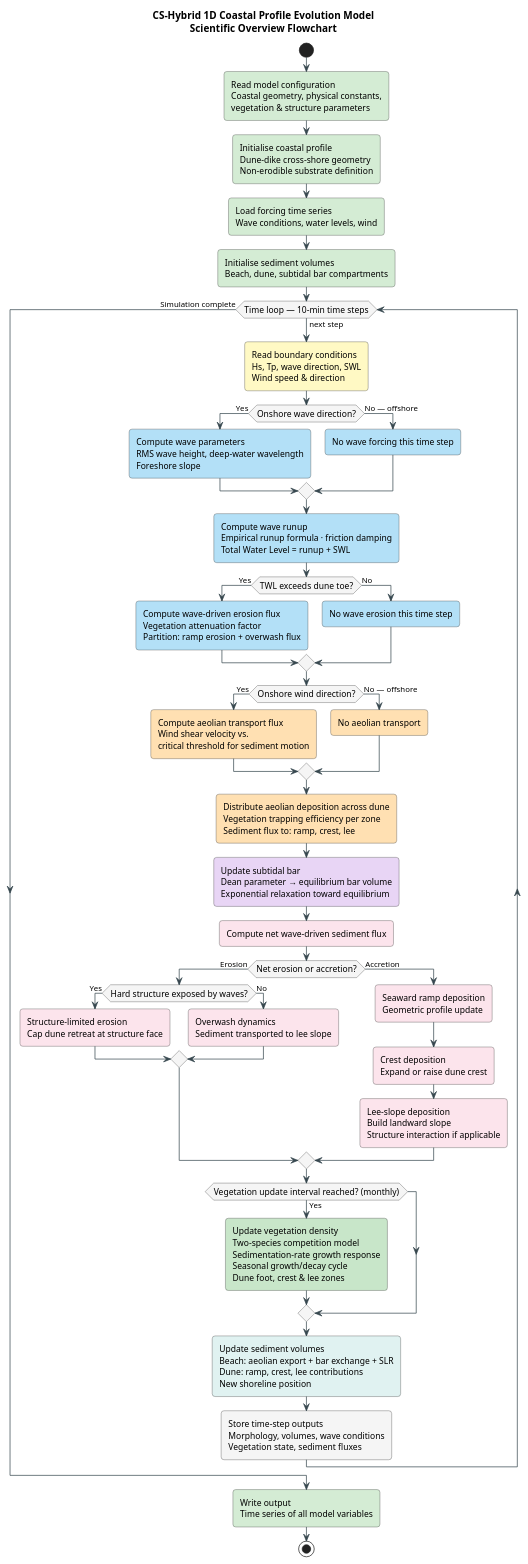
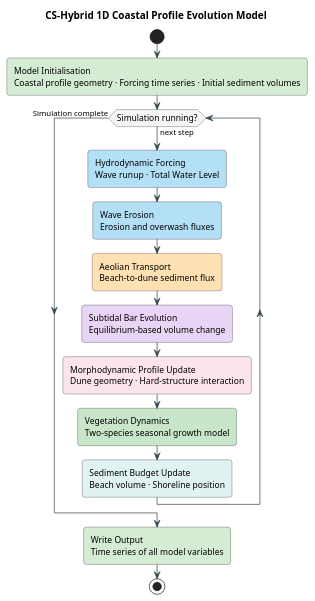
One commit to GaliforniSilva/csmodel-hybrid changed the second of 2 diagrams in FLOWCHART.md. Above: the diagram before and after it, drawn with PlantUML. The commit also changed other lines of this file, not shown here.

Commit message:
Simplify FLOWCHART.md to high-level paper-ready blocks only

```diff
--- a/FLOWCHART.md
+++ b/FLOWCHART.md
@@ -116,85 +60,34 @@
   BorderColor     #424242
   FontSize        12
 }
-skinparam decision {
-  BackgroundColor #FFF9C4
-  BorderColor     #F9A825
-}
 skinparam ArrowColor #37474F
 skinparam roundCorner 8
 
-title CS-Hybrid 1D Coastal Profile Evolution Model\nScientific Overview Flowchart
+title CS-Hybrid 1D Coastal Profile Evolution Model
 
 start
 
-' ── INITIALISATION ──────────────────────────────────────────────────────────
-#d4ecd4:Read model configuration\nCoastal geometry, physical constants,\nvegetation & structure parameters;
-#d4ecd4:Initialise coastal profile\nDune–dike cross-shore geometry\nNon-erodible substrate definition;
-#d4ecd4:Load forcing time series\nWave conditions, water levels, wind;
-#d4ecd4:Initialise sediment volumes\nBeach, dune, subtidal bar compartments;
+#d4ecd4:Model Initialisation\nCoastal profile geometry · Forcing time series · Initial sediment volumes;
 
-' ── MAIN TIME LOOP ──────────────────────────────────────────────────────────
-while (Time loop — 10-min time steps) is (next step)
+while (Simulation running?) is (next step)
 
-  #fff9c4:Read boundary conditions\nHs, Tp, wave direction, SWL\nWind speed & direction;
+  #b3e0f7:Hydrodynamic Forcing\nWave runup · Total Water Level;
 
-  ' -- HYDRODYNAMICS ----------------------------------------------------------
-  if (Onshore wave direction?) then (Yes)
-    #b3e0f7:Compute wave parameters\nRMS wave height, deep-water wavelength\nForeshore slope;
-  else (No — offshore)
-    #b3e0f7:No wave forcing this time step;
-  endif
+  #b3e0f7:Wave Erosion\nErosion and overwash fluxes;
 
-  #b3e0f7:Compute wave runup\nEmpirical runup formula · friction damping\nTotal Water Level = runup + SWL;
+  #ffe0b2:Aeolian Transport\nBeach-to-dune sediment flux;
 
-  if (TWL exceeds dune toe?) then (Yes)
-    #b3e0f7:Compute wave-driven erosion flux\nVegetation attenuation factor\nPartition: ramp erosion + overwash flux;
-  else (No)
-    #b3e0f7:No wave erosion this time step;
-  endif
+  #e8d5f5:Subtidal Bar Evolution\nEquilibrium-based volume change;
 
-  ' -- AEOLIAN TRANSPORT -------------------------------------------------------
-  if (Onshore wind direction?) then (Yes)
-    #ffe0b2:Compute aeolian transport flux\nWind shear velocity vs.\ncritical threshold for sediment motion;
-  else (No — offshore)
-    #ffe0b2:No aeolian transport;
-  endif
+  #fce4ec:Morphodynamic Profile Update\nDune geometry · Hard-structure interaction;
 
-  #ffe0b2:Distribute aeolian deposition across dune\nVegetation trapping efficiency per zone\nSediment flux to: ramp, crest, lee;
+  #c8e6c9:Vegetation Dynamics\nTwo-species seasonal growth model;
 
-  ' -- SUBTIDAL BAR ------------------------------------------------------------
-  #e8d5f5:Update subtidal bar\nDean parameter → equilibrium bar volume\nExponential relaxation toward equilibrium;
-
-  ' -- MORPHODYNAMIC UPDATE ----------------------------------------------------
-  #fce4ec:Compute net wave-driven sediment flux;
-
-  if (Net erosion or accretion?) then (Erosion)
-    if (Hard structure exposed by waves?) then (Yes)
-      #fce4ec:Structure-limited erosion\nCap dune retreat at structure face;
-    else (No)
-      #fce4ec:Overwash dynamics\nSediment transported to lee slope;
-    endif
-  else (Accretion)
-    #fce4ec:Seaward ramp deposition\nGeometric profile update;
-    #fce4ec:Crest deposition\nExpand or raise dune crest;
-    #fce4ec:Lee-slope deposition\nBuild landward slope\nStructure interaction if applicable;
-  endif
-
-  ' -- VEGETATION UPDATE -------------------------------------------------------
-  if (Vegetation update interval reached? (monthly)) then (Yes)
-    #c8e6c9:Update vegetation density\nTwo-species competition model\nSedimentation-rate growth response\nSeasonal growth/decay cycle\nDune foot, crest & lee zones;
-  endif
-
-  ' -- VOLUME AND BEACH UPDATE -------------------------------------------------
-  #e0f2f1:Update sediment volumes\nBeach: aeolian export + bar exchange + SLR\nDune: ramp, crest, lee contributions\nNew shoreline position;
-
-  ' -- STORE OUTPUTS -----------------------------------------------------------
-  #f5f5f5:Store time-step outputs\nMorphology, volumes, wave conditions\nVegetation state, sediment fluxes;
+  #e0f2f1:Sediment Budget Update\nBeach volume · Shoreline position;
 
 endwhile (Simulation complete)
 
-' ── OUTPUT / POST-PROCESSING ────────────────────────────────────────────────
-#d4ecd4:Write output\nTime series of all model variables;
+#d4ecd4:Write Output\nTime series of all model variables;
 
 stop
 
```
